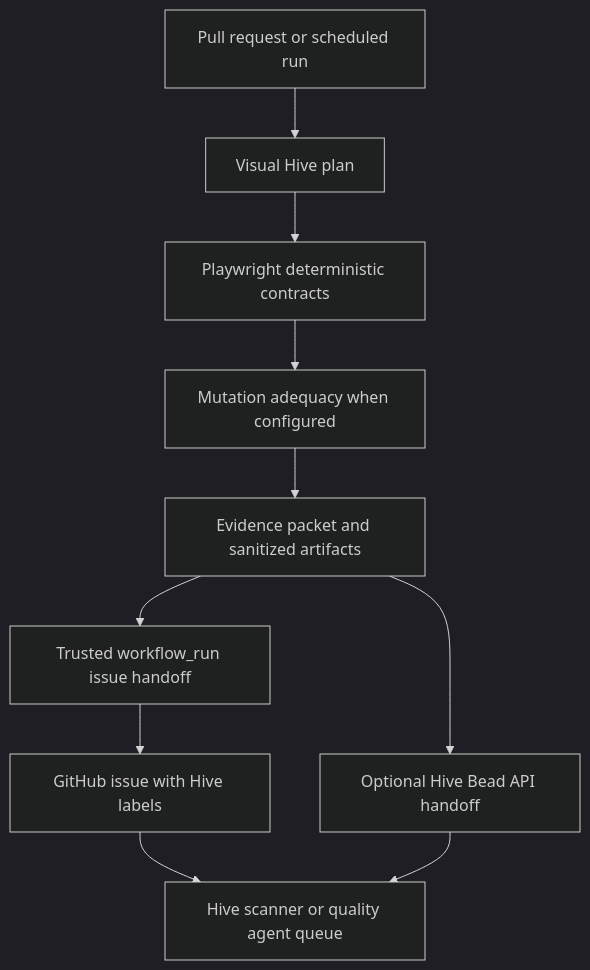
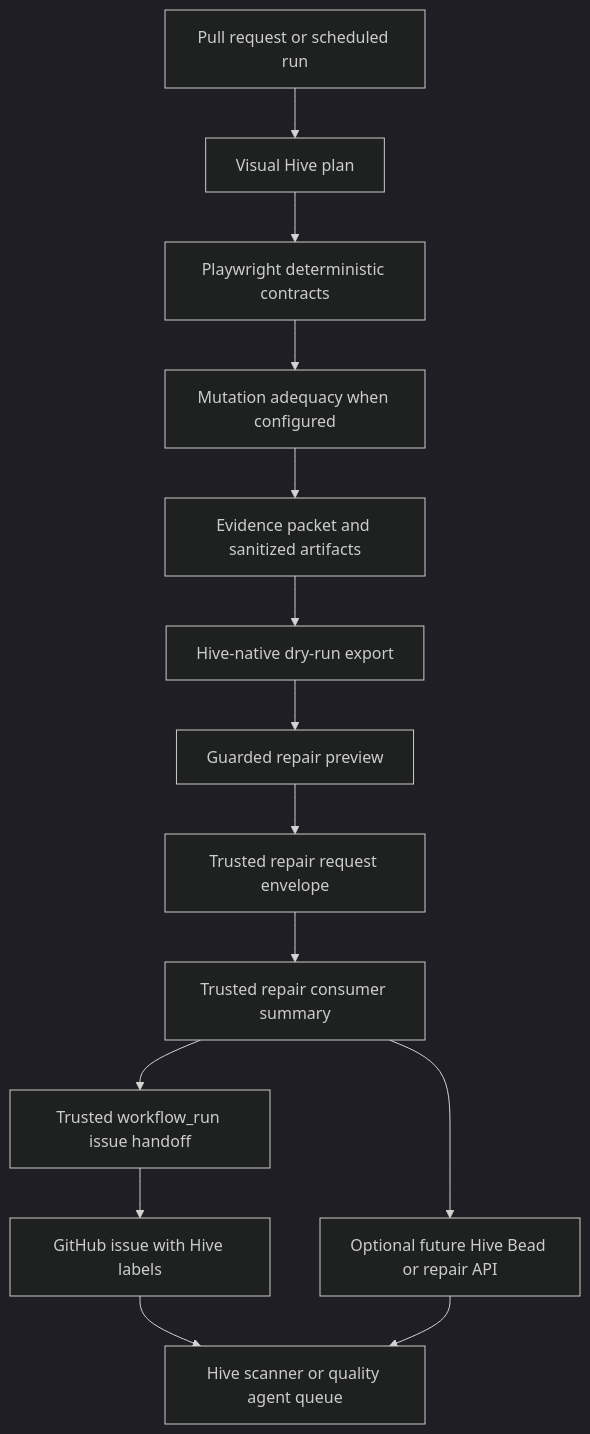
The diagram in docs/research/visual-hive-vision-and-rationale.md (DavidDiaz0317/visual-hive), drawn with Mermaid (dark theme) before and after one commit. The commit also changed other lines of this file and 150 other files, not shown here.

````diff
--- a/docs/research/visual-hive-vision-and-rationale.md
+++ b/docs/research/visual-hive-vision-and-rationale.md
@@ -218,12 +218,16 @@
 ```mermaid
 flowchart TD
   A["Pull request or scheduled run"] --> B["Visual Hive plan"]
   B --> C["Playwright deterministic contracts"]
   C --> D["Mutation adequacy when configured"]
   D --> E["Evidence packet and sanitized artifacts"]
-  E --> F["Trusted workflow_run issue handoff"]
-  F --> G["GitHub issue with Hive labels"]
-  G --> H["Hive scanner or quality agent queue"]
-  E --> I["Optional Hive Bead API handoff"]
-  I --> H
+  E --> F["Hive-native dry-run export"]
+  F --> G["Guarded repair preview"]
+  G --> H["Trusted repair request envelope"]
+  H --> I["Trusted repair consumer summary"]
+  I --> J["Trusted workflow_run issue handoff"]
+  J --> K["GitHub issue with Hive labels"]
+  K --> L["Hive scanner or quality agent queue"]
+  I --> M["Optional future Hive Bead or repair API"]
+  M --> L
 ```
````
